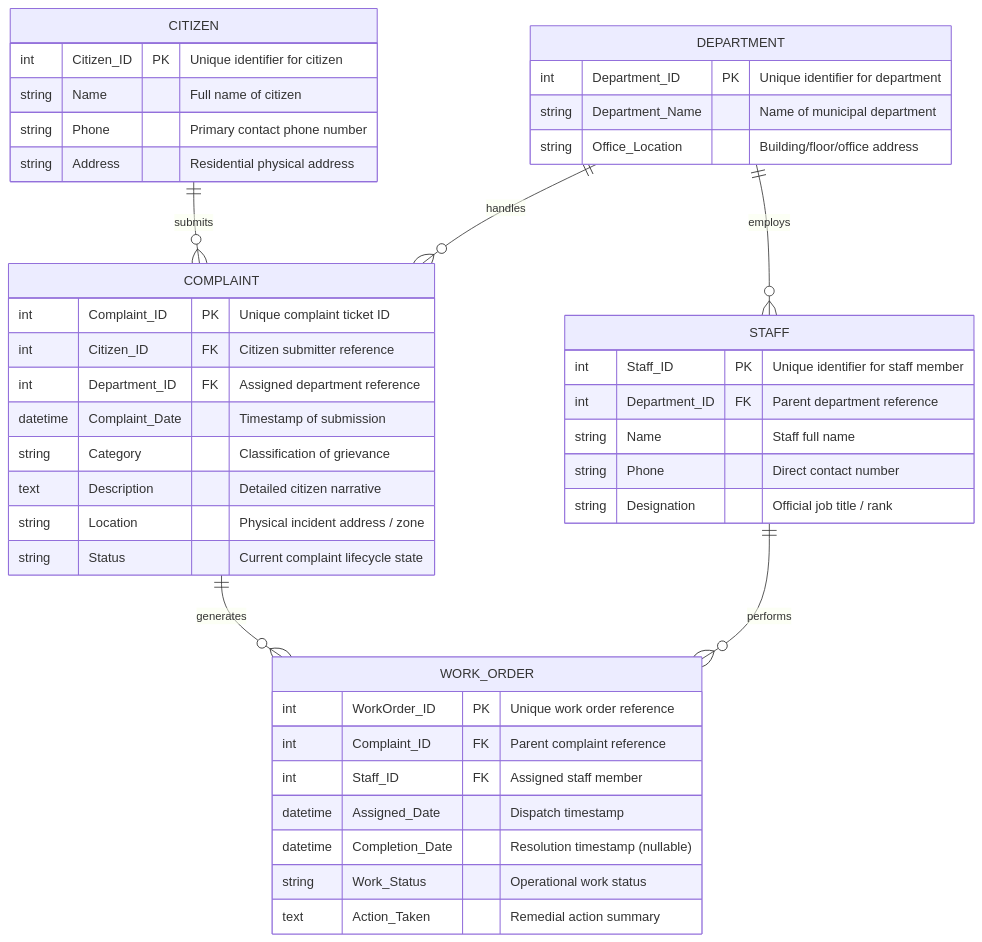
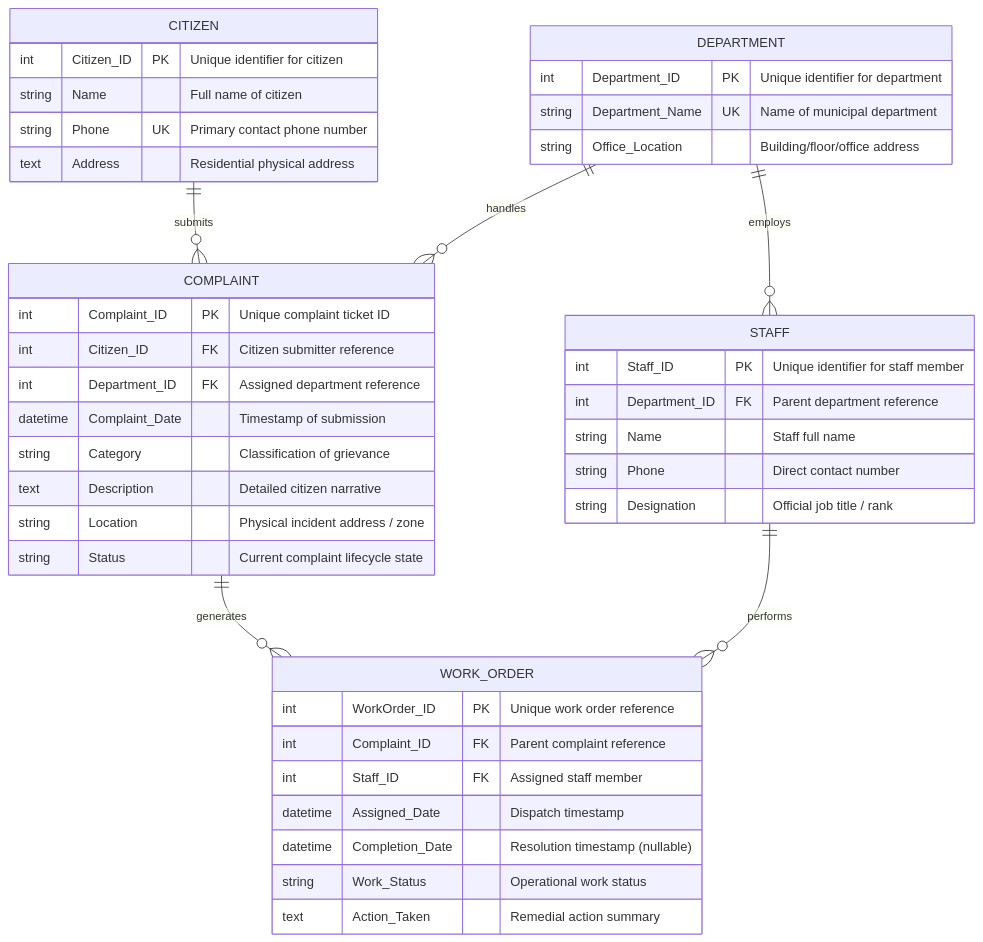
One commit to Arish026/municipal-complaint-system changed the first of 6 diagrams in docs/SYSTEM_DIAGRAMS.md. Above: the diagram before and after it, drawn with Mermaid. The commit also changed other lines of this file and 9 other files, not shown here.

Commit message:
docs: separate diagrams into individual files (erd, semantic net, dfd l0-l2) with enhanced mermaid styling

````diff
--- a/docs/SYSTEM_DIAGRAMS.md
+++ b/docs/SYSTEM_DIAGRAMS.md
@@ -38,50 +49,50 @@
 ```mermaid
 erDiagram
     CITIZEN ||--o{ COMPLAINT : "submits"
     DEPARTMENT ||--o{ COMPLAINT : "handles"
     DEPARTMENT ||--o{ STAFF : "employs"
     STAFF ||--o{ WORK_ORDER : "performs"
     COMPLAINT ||--o{ WORK_ORDER : "generates"
 
     CITIZEN {
         int Citizen_ID PK "Unique identifier for citizen"
         string Name "Full name of citizen"
-        string Phone "Primary contact phone number"
-        string Address "Residential physical address"
+        string Phone UK "Primary contact phone number"
+        text Address "Residential physical address"
     }
 
     DEPARTMENT {
         int Department_ID PK "Unique identifier for department"
-        string Department_Name "Name of municipal department"
+        string Department_Name UK "Name of municipal department"
         string Office_Location "Building/floor/office address"
     }
 
     STAFF {
         int Staff_ID PK "Unique identifier for staff member"
         int Department_ID FK "Parent department reference"
         string Name "Staff full name"
         string Phone "Direct contact number"
         string Designation "Official job title / rank"
     }
 
     COMPLAINT {
         int Complaint_ID PK "Unique complaint ticket ID"
         int Citizen_ID FK "Citizen submitter reference"
         int Department_ID FK "Assigned department reference"
         datetime Complaint_Date "Timestamp of submission"
         string Category "Classification of grievance"
         text Description "Detailed citizen narrative"
         string Location "Physical incident address / zone"
         string Status "Current complaint lifecycle state"
     }
 
     WORK_ORDER {
         int WorkOrder_ID PK "Unique work order reference"
         int Complaint_ID FK "Parent complaint reference"
         int Staff_ID FK "Assigned staff member"
         datetime Assigned_Date "Dispatch timestamp"
         datetime Completion_Date "Resolution timestamp (nullable)"
         string Work_Status "Operational work status"
         text Action_Taken "Remedial action summary"
     }
 ```
````
